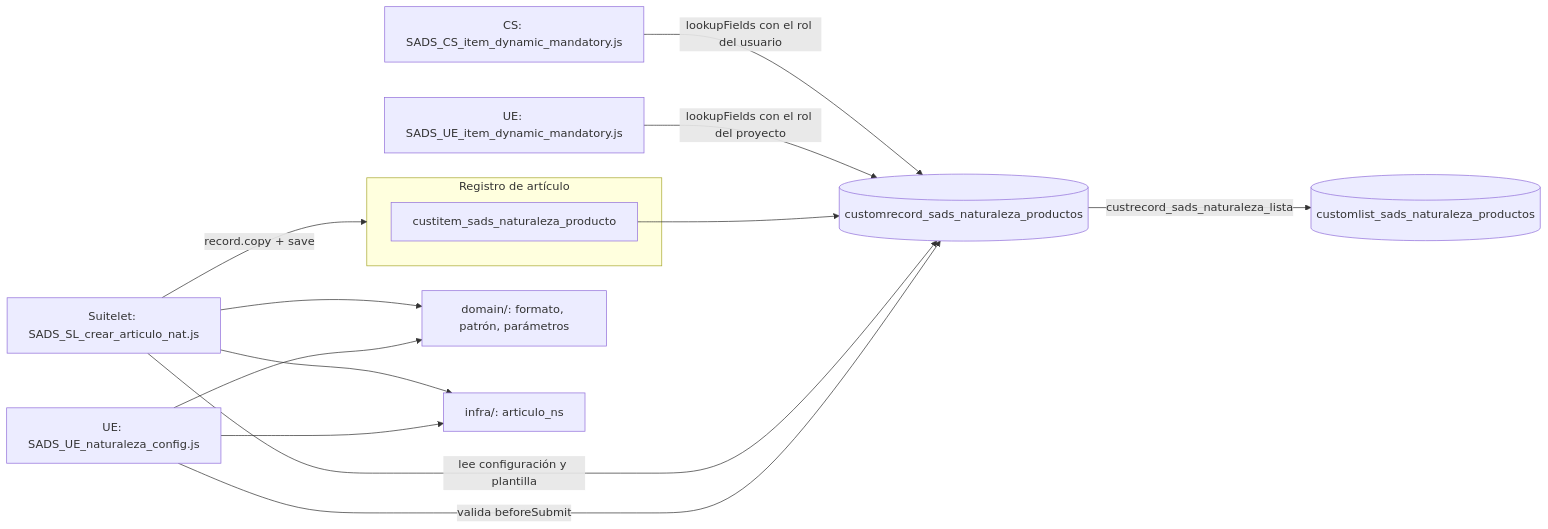
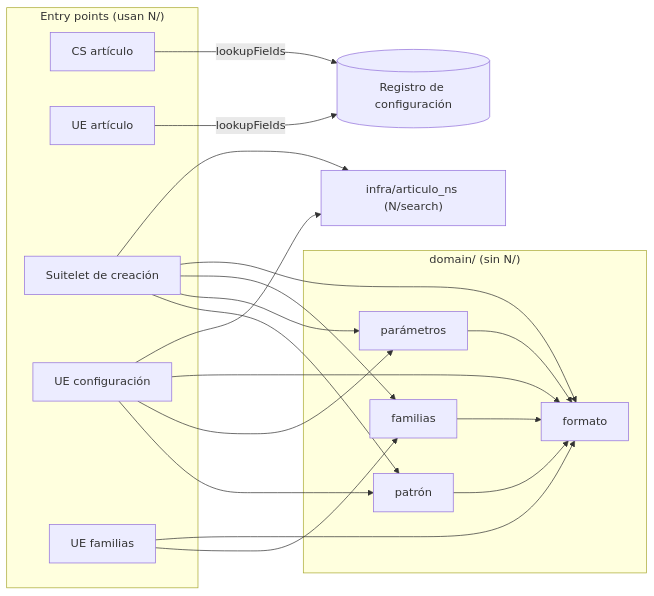
One commit to saulkgames/Naturaleza-de-Productos changed the second of 2 diagrams in README.md. Above: the diagram before and after it, drawn with Mermaid. The commit also changed other lines of this file, not shown here.

````diff
--- a/README.md
+++ b/README.md
@@ -41,17 +102,24 @@
 ```mermaid
 flowchart LR
-  subgraph Articulo["Registro de artículo"]
-    G["custitem_sads_naturaleza_producto"]
+  subgraph EP["Entry points (usan N/)"]
+    CS["CS artículo"]
+    UEA["UE artículo"]
+    SL["Suitelet de creación"]
+    UEC["UE configuración"]
+    UEF["UE familias"]
   end
-  CS["CS: SADS_CS_item_dynamic_mandatory.js"] -->|"lookupFields con el rol del usuario"| CR[("customrecord_sads_naturaleza_productos")]
-  UEA["UE: SADS_UE_item_dynamic_mandatory.js"] -->|"lookupFields con el rol del proyecto"| CR
-  G --> CR
-  SL["Suitelet: SADS_SL_crear_articulo_nat.js"] -->|"lee configuración y plantilla"| CR
-  SL -->|"record.copy + save"| Articulo
-  UEC["UE: SADS_UE_naturaleza_config.js"] -->|"valida beforeSubmit"| CR
-  SL --> DOM["domain/: formato, patrón, parámetros"]
-  UEC --> DOM
-  SL --> INF["infra/: articulo_ns"]
-  UEC --> INF
-  CR -->|"custrecord_sads_naturaleza_lista"| LN[("customlist_sads_naturaleza_productos")]
+  subgraph DOM["domain/ (sin N/)"]
+    PAT["patrón"]
+    PAR["parámetros"]
+    FAM["familias"]
+    FMT["formato"]
+  end
+  ART["infra/articulo_ns (N/search)"]
+  SL --> PAT & PAR & FAM & FMT & ART
+  UEC --> PAT & PAR & FMT & ART
+  UEF --> FAM & FMT
+  PAT --> FMT
+  PAR --> FMT
+  FAM --> FMT
+  CS & UEA -->|lookupFields| CR[("Registro de configuración")]
 ```
````
